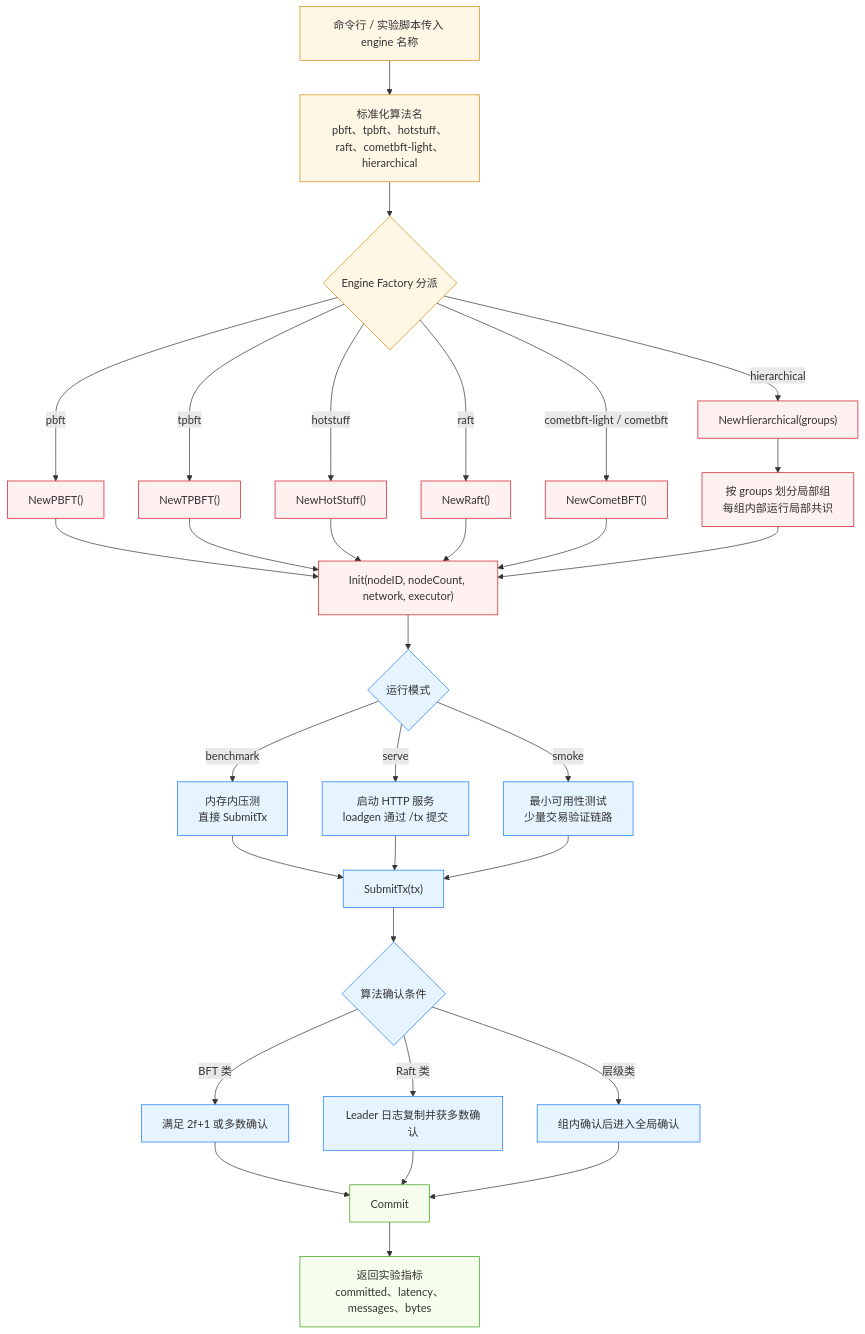
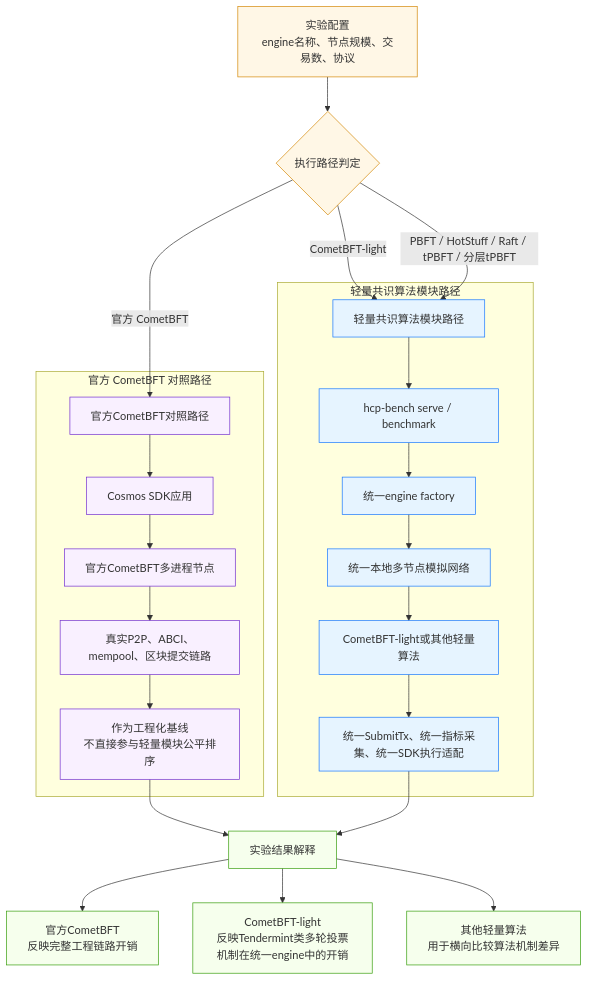
Before and after one commit to fffeng99999/hcp: the fourth of 10 diagrams in chapter4-mermaid/README.md, drawn with Mermaid. The commit also changed other lines of this file, not shown here.

````diff
--- a/chapter4-mermaid/README.md
+++ b/chapter4-mermaid/README.md
@@ -222,47 +217,39 @@
 ```mermaid
-flowchart TD
-  A["命令行 / 实验脚本传入 engine 名称"] --> B["标准化算法名<br/>pbft、tpbft、hotstuff、raft、cometbft-light、hierarchical"]
-  B --> C{"Engine Factory 分派"}
+flowchart TB
+  A["实验配置<br/>engine名称、节点规模、交易数、协议"] --> B{"执行路径判定"}
 
-  C -- "pbft" --> E1["NewPBFT()"]
-  C -- "tpbft" --> E2["NewTPBFT()"]
-  C -- "hotstuff" --> E3["NewHotStuff()"]
-  C -- "raft" --> E4["NewRaft()"]
-  C -- "cometbft-light / cometbft" --> E5["NewCometBFT()"]
-  C -- "hierarchical" --> E6["NewHierarchical(groups)"]
+  B -- "官方 CometBFT" --> O1["官方CometBFT对照路径"]
+  B -- "CometBFT-light" --> L1["轻量共识算法模块路径"]
+  B -- "PBFT / HotStuff / Raft / tPBFT / 分层tPBFT" --> L1
 
-  E1 --> I["Init(nodeID, nodeCount, network, executor)"]
-  E2 --> I
-  E3 --> I
-  E4 --> I
-  E5 --> I
-  E6 --> H["按 groups 划分局部组<br/>每组内部运行局部共识"]
-  H --> I
+  subgraph Official["官方 CometBFT 对照路径"]
+    O1 --> O2["Cosmos SDK应用"]
+    O2 --> O3["官方CometBFT多进程节点"]
+    O3 --> O4["真实P2P、ABCI、mempool、区块提交链路"]
+    O4 --> O5["作为工程化基线<br/>不直接参与轻量模块公平排序"]
+  end
 
-  I --> R{"运行模式"}
-  R -- "benchmark" --> BM["内存内压测<br/>直接 SubmitTx"]
-  R -- "serve" --> SV["启动 HTTP 服务<br/>loadgen 通过 /tx 提交"]
-  R -- "smoke" --> SM["最小可用性测试<br/>少量交易验证链路"]
+  subgraph Light["轻量共识算法模块路径"]
+    L1 --> L2["hcp-bench serve / benchmark"]
+    L2 --> L3["统一engine factory"]
+    L3 --> L4["统一本地多节点模拟网络"]
+    L4 --> L5["CometBFT-light或其他轻量算法"]
+    L5 --> L6["统一SubmitTx、统一指标采集、统一SDK执行适配"]
+  end
 
-  BM --> S["SubmitTx(tx)"]
-  SV --> S
-  SM --> S
+  O5 --> C["实验结果解释"]
+  L6 --> C
 
-  S --> O{"算法确认条件"}
-  O -- "BFT 类" --> O1["满足 2f+1 或多数确认"]
-  O -- "Raft 类" --> O2["Leader 日志复制并获多数确认"]
-  O -- "层级类" --> O3["组内确认后进入全局确认"]
-  O1 --> CMT["Commit"]
-  O2 --> CMT
-  O3 --> CMT
-  CMT --> M["返回实验指标<br/>committed、latency、messages、bytes"]
+  C --> C1["官方CometBFT<br/>反映完整工程链路开销"]
+  C --> C2["CometBFT-light<br/>反映Tendermint类多轮投票机制在统一engine中的开销"]
+  C --> C3["其他轻量算法<br/>用于横向比较算法机制差异"]
 
-  classDef start fill:#fff7e6,stroke:#d48806;
-  classDef create fill:#fff1f0,stroke:#cf1322;
-  classDef run fill:#e6f4ff,stroke:#1677ff;
-  classDef finish fill:#f6ffed,stroke:#389e0d;
-  class A,B,C start;
-  class E1,E2,E3,E4,E5,E6,H,I create;
-  class R,BM,SV,SM,S,O,O1,O2,O3 run;
-  class CMT,M finish;
+  classDef decide fill:#fff7e6,stroke:#d48806;
+  classDef off fill:#f9f0ff,stroke:#722ed1;
+  classDef light fill:#e6f4ff,stroke:#1677ff;
+  classDef explain fill:#f6ffed,stroke:#389e0d;
+  class A,B decide;
+  class O1,O2,O3,O4,O5 off;
+  class L1,L2,L3,L4,L5,L6 light;
+  class C,C1,C2,C3 explain;
 ```
````
